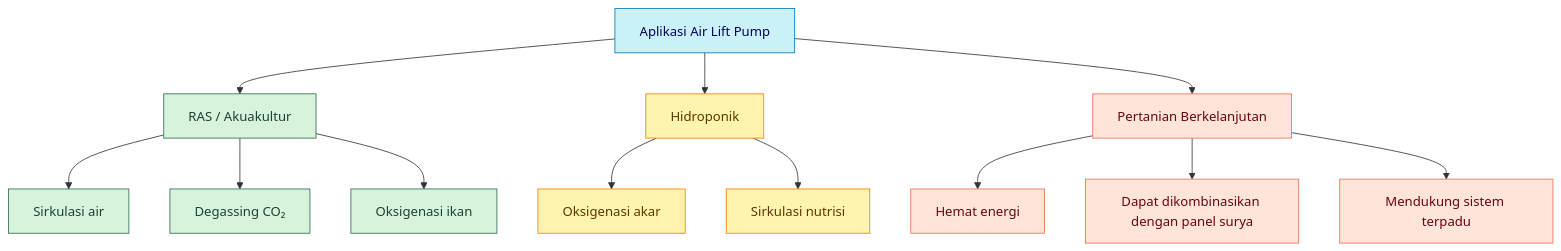
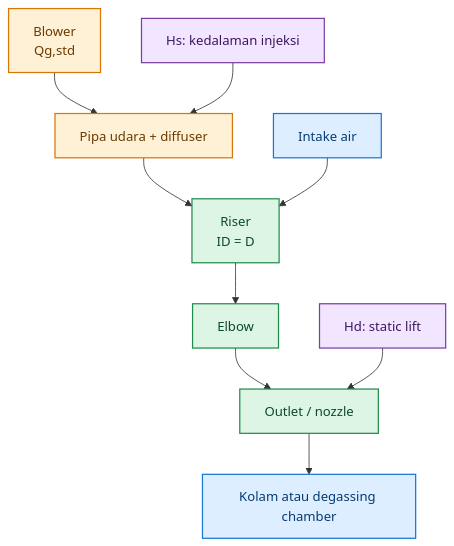
Diagram 14 of 42 in content/blog/agri/airlift-pump.mdx (slametsampon/kawruhnology), drawn with Mermaid before and after one commit. The commit also changed other lines of this file and 8 other files, not shown here.

Commit message:
update airlift pump, laju-air-fluida

````diff
--- a/content/blog/agri/airlift-pump.mdx
+++ b/content/blog/agri/airlift-pump.mdx
@@ -1032,27 +2502,22 @@
 ```mermaid
-flowchart TD
-    A[Aplikasi Air Lift Pump] --> B[RAS / Akuakultur]
-    A --> C[Hidroponik]
-    A --> D[Pertanian Berkelanjutan]
+flowchart TB
+    A["Blower<br/>Qg,std"] --> B["Pipa udara + diffuser"]
+    B --> C["Riser<br/>ID = D"]
+    D["Intake air"] --> C
+    C --> E["Elbow"]
+    E --> F["Outlet / nozzle"]
+    F --> G["Kolam atau degassing chamber"]
 
-    B --> B1[Sirkulasi air]
-    B --> B2[Degassing CO₂]
-    B --> B3[Oksigenasi ikan]
+    H["Hs: kedalaman injeksi"] --> B
+    I["Hd: static lift"] --> F
 
-    C --> C1[Oksigenasi akar]
-    C --> C2[Sirkulasi nutrisi]
+    classDef air fill:#FFF1D6,stroke:#D97706,color:#6B3A00,stroke-width:1.5px;
+    classDef water fill:#DCEEFF,stroke:#1976D2,color:#073B73,stroke-width:1.5px;
+    classDef pipe fill:#DCF5E5,stroke:#218C4A,color:#0E4A27,stroke-width:1.5px;
+    classDef geometry fill:#F2E5FF,stroke:#7B3FA1,color:#3B1760,stroke-width:1.5px;
 
-    D --> D1[Hemat energi]
-    D --> D2[Dapat dikombinasikan dengan panel surya]
-    D --> D3[Mendukung sistem terpadu]
-
-    classDef aplikasi fill:#caf0f8,stroke:#0077b6,color:#03045e;
-    classDef akuakultur fill:#d8f3dc,stroke:#2d6a4f,color:#1b4332;
-    classDef hidro fill:#fff3b0,stroke:#f77f00,color:#5c3700;
-    classDef sustain fill:#ffe5d9,stroke:#e76f51,color:#6a040f;
-
-    class A aplikasi;
-    class B,B1,B2,B3 akuakultur;
-    class C,C1,C2 hidro;
-    class D,D1,D2,D3 sustain;
+    class A,B air;
+    class D,G water;
+    class C,E,F pipe;
+    class H,I geometry;
 ```
````
